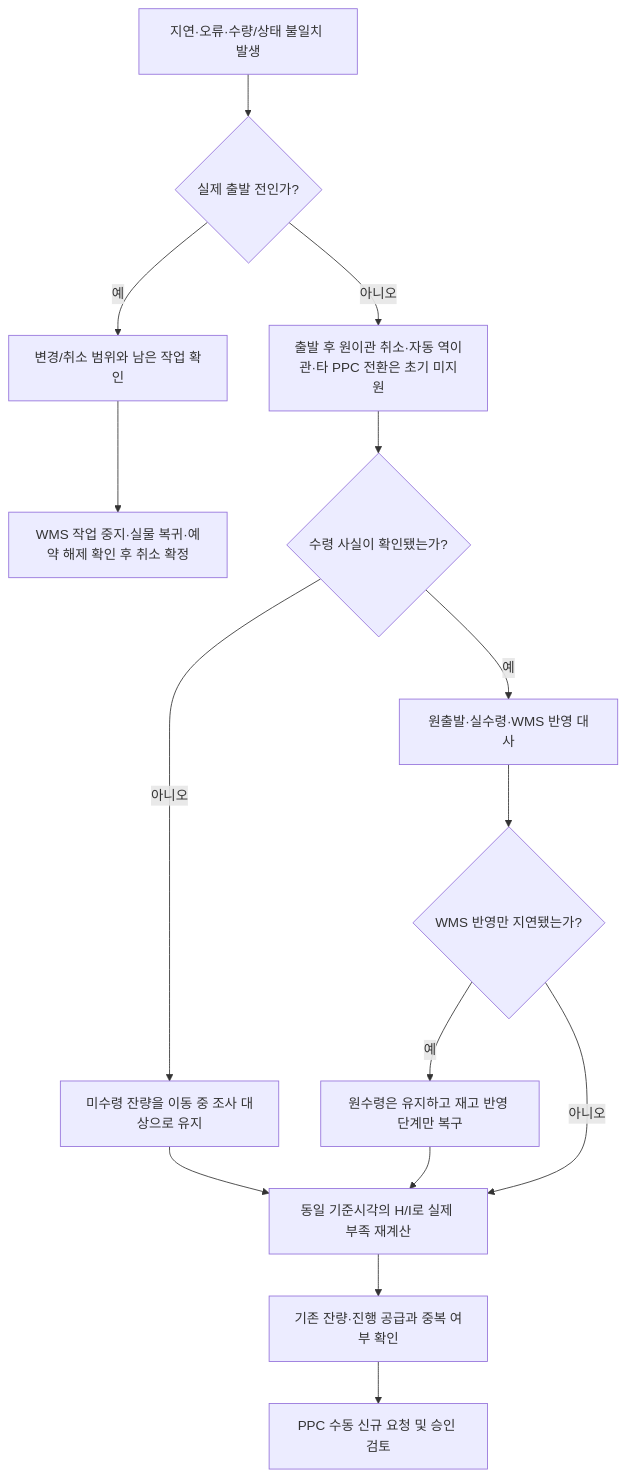
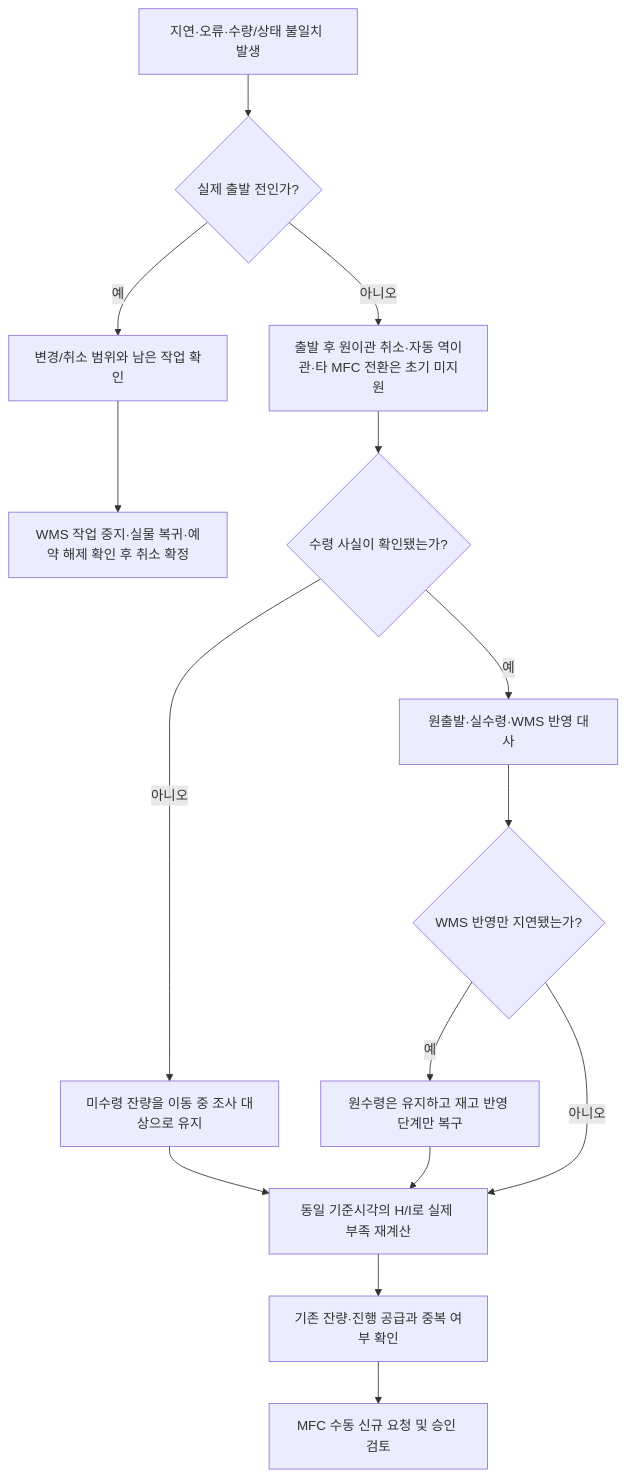
One commit to hsoh-collab/bmart-analysis changed the eighth of 8 diagrams in 03. v1-Logistics/TMS-SCM/SCM-Replenishment-business-logic-diagrams.md. Above: the diagram before and after it, drawn with Mermaid. The commit also changed other lines of this file and 3 other files, not shown here.

````diff
--- a/03. v1-Logistics/TMS-SCM/SCM-Replenishment-business-logic-diagrams.md
+++ b/03. v1-Logistics/TMS-SCM/SCM-Replenishment-business-logic-diagrams.md
@@ -238,24 +238,24 @@
 ```mermaid
 flowchart TD
     A[지연·오류·수량/상태 불일치 발생]
     B{실제 출발 전인가?}
     C[변경/취소 범위와 남은 작업 확인]
     D[WMS 작업 중지·실물 복귀·예약 해제 확인 후 취소 확정]
-    E[출발 후 원이관 취소·자동 역이관·타 PPC 전환은 초기 미지원]
+    E[출발 후 원이관 취소·자동 역이관·타 MFC 전환은 초기 미지원]
     F{수령 사실이 확인됐는가?}
     G[원출발·실수령·WMS 반영 대사]
     H[미수령 잔량을 이동 중 조사 대상으로 유지]
     I{WMS 반영만 지연됐는가?}
     J[원수령은 유지하고 재고 반영 단계만 복구]
     K[동일 기준시각의 H/I로 실제 부족 재계산]
     L[기존 잔량·진행 공급과 중복 여부 확인]
-    M[PPC 수동 신규 요청 및 승인 검토]
+    M[MFC 수동 신규 요청 및 승인 검토]
     A --> B
     B -- 예 --> C --> D
     B -- 아니오 --> E --> F
     F -- 예 --> G --> I
     F -- 아니오 --> H --> K
     I -- 예 --> J --> K
     I -- 아니오 --> K
     K --> L --> M
 ```
````
